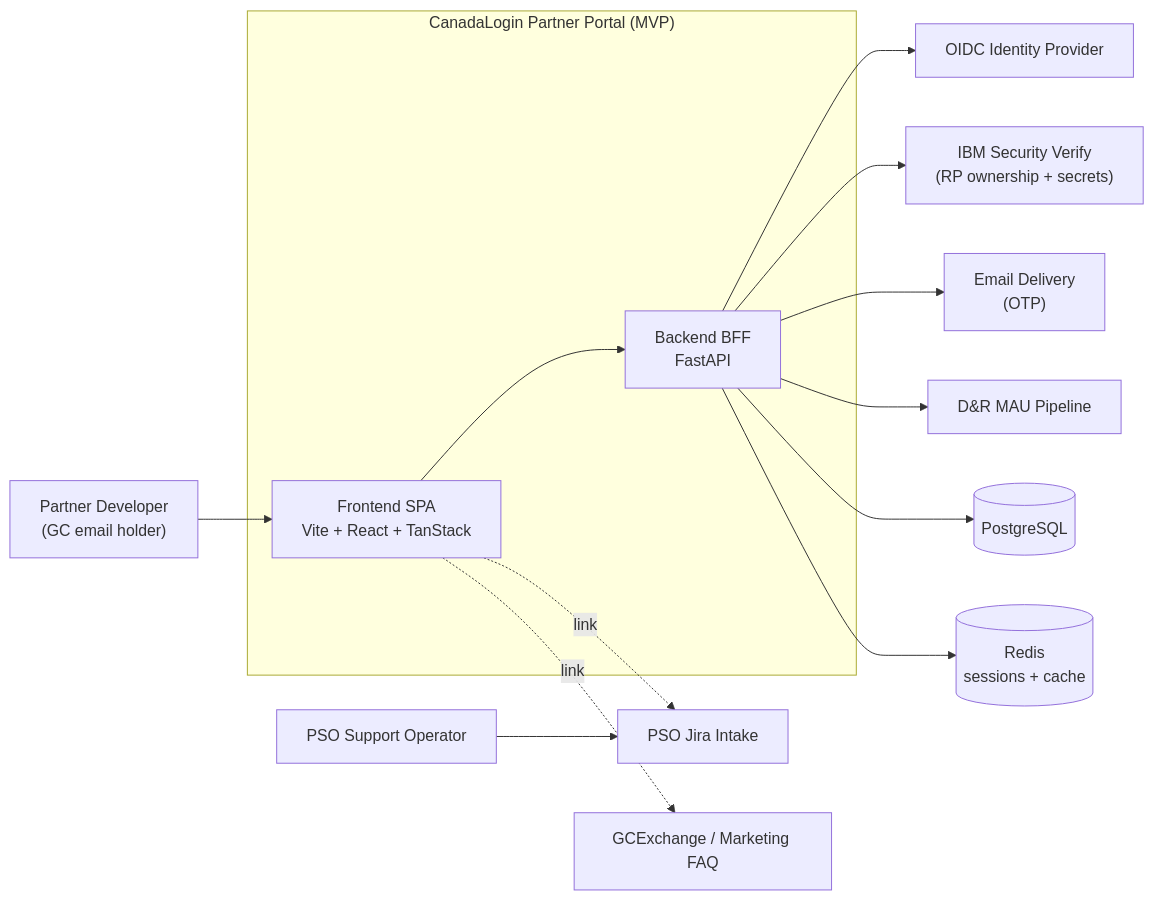
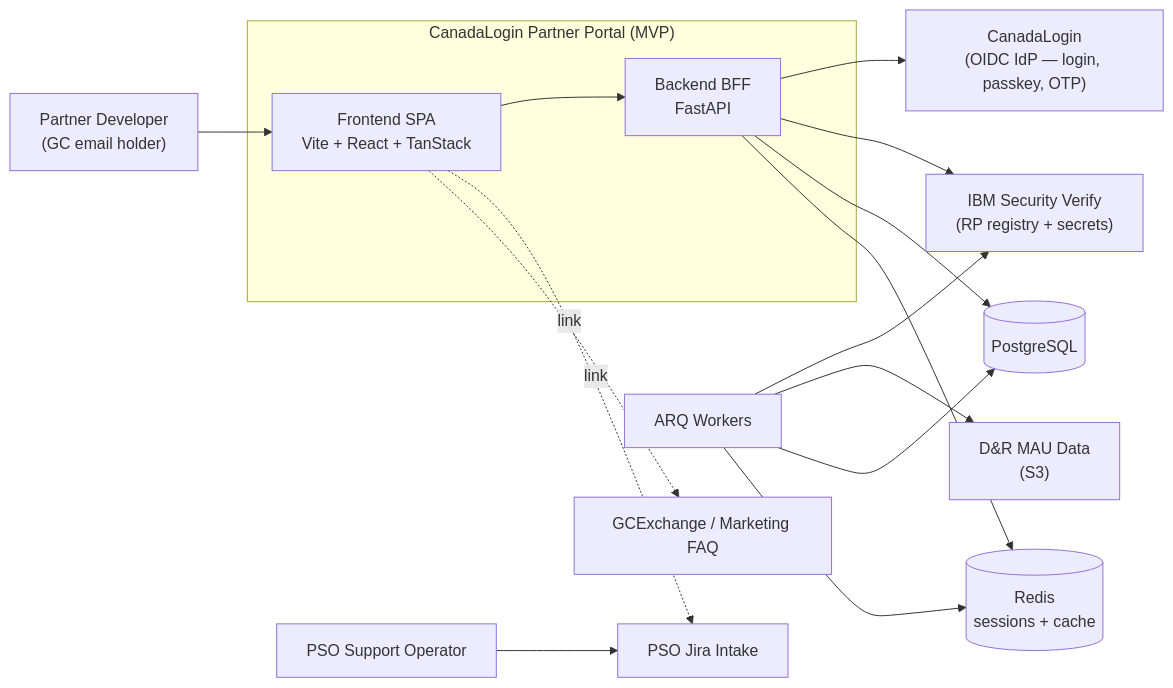
Before and after one commit to cds-snc/canadalogin-partner-portal: the first of 3 diagrams in docs/plans/partner-portal-mvp-architecture.md, drawn with Mermaid. The commit also changed other lines of this file and 1 other file, not shown here.

Commit message:
mvp architecture doc update (#93)

````diff
--- a/docs/plans/partner-portal-mvp-architecture.md
+++ b/docs/plans/partner-portal-mvp-architecture.md
@@ -18,31 +18,32 @@
 ```mermaid
 flowchart LR
     user["Partner Developer<br/>(GC email holder)"]
     pso["PSO Support Operator"]
 
     subgraph portal["CanadaLogin Partner Portal (MVP)"]
         fe["Frontend SPA<br/>Vite + React + TanStack"]
         be["Backend BFF<br/>FastAPI"]
     end
 
-    oidc["OIDC Identity Provider"]
-    verify["IBM Security Verify<br/>(RP ownership + secrets)"]
-    notify["Email Delivery<br/>(OTP)"]
-    dnr["D&R MAU Pipeline"]
+    canadalogin["CanadaLogin<br/>(OIDC IdP — login, passkey, OTP)"]
+    verify["IBM Security Verify<br/>(RP registry + secrets)"]
+    s3["D&R MAU Data<br/>(S3)"]
     jira["PSO Jira Intake"]
     gcx["GCExchange / Marketing FAQ"]
     pg[("PostgreSQL")]
     redis[("Redis<br/>sessions + cache")]
 
     user --> fe
     fe --> be
-    be --> oidc
+    be --> canadalogin
     be --> verify
-    be --> notify
-    be --> dnr
     be --> pg
     be --> redis
+    worker["ARQ Workers"] --> verify
+    worker --> s3
+    worker --> pg
+    worker --> redis
     fe -.link.-> jira
     fe -.link.-> gcx
     pso --> jira
 ```
````
